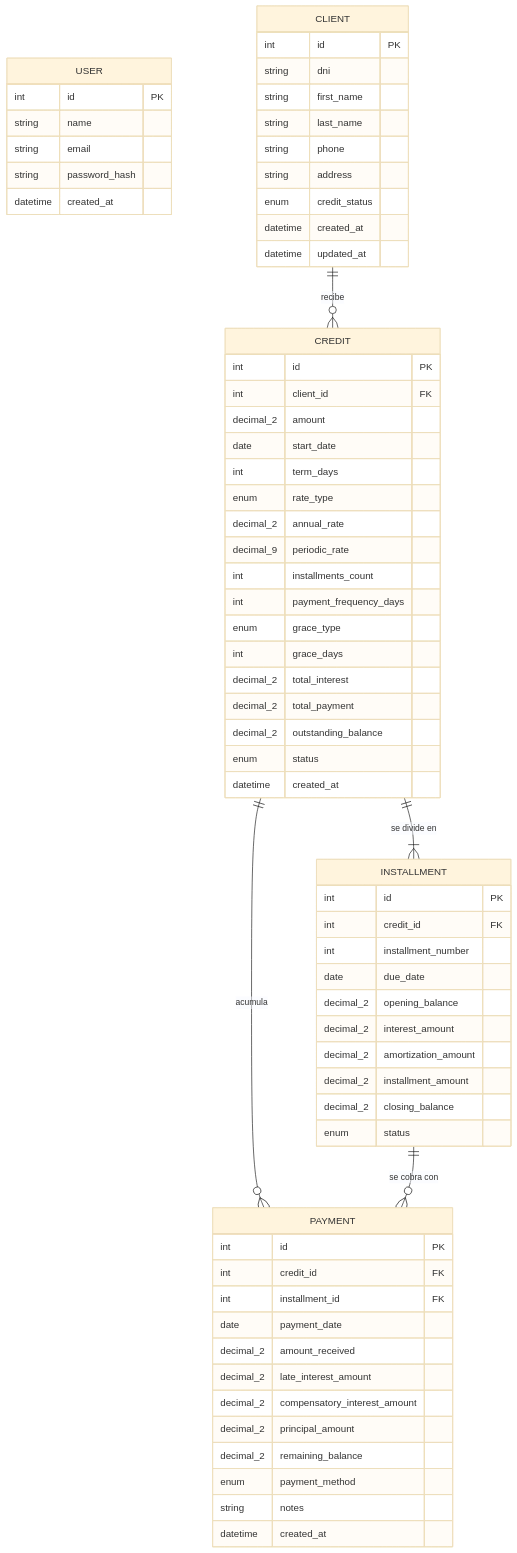
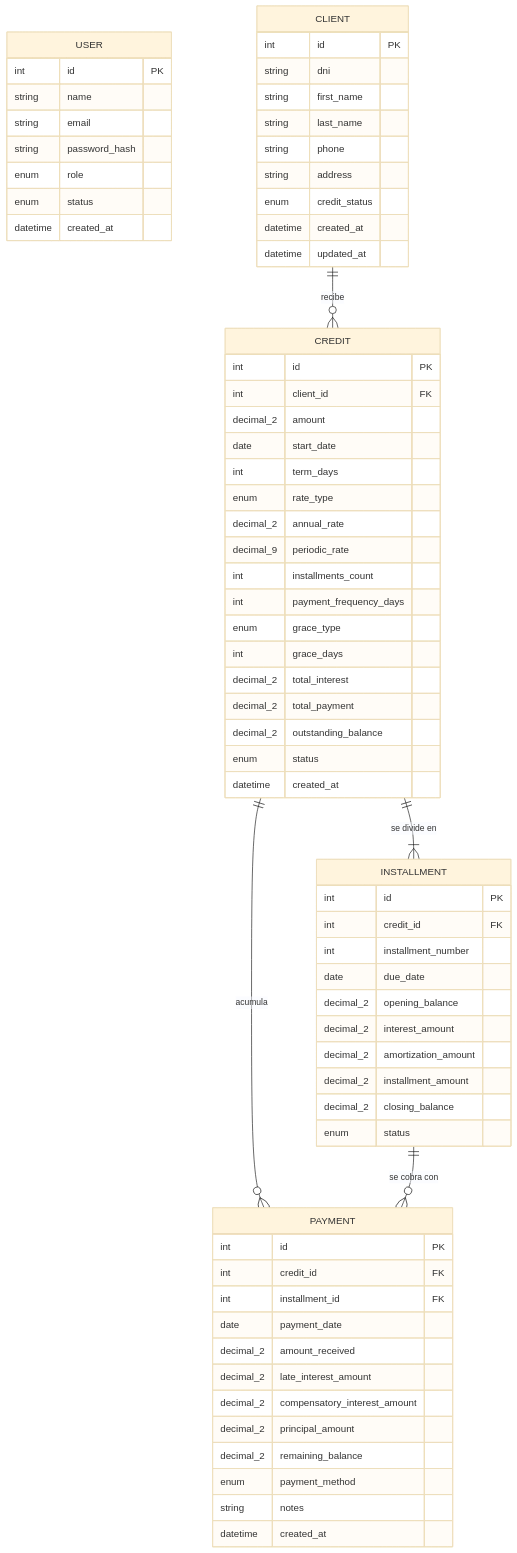
The diagram in docs/erd.md (eJosR-Coding/finance-monorepo), drawn with Mermaid (base theme) before and after one commit. The commit also changed 13 other files, not shown here.

````diff
--- a/docs/erd.md
+++ b/docs/erd.md
@@ -10,70 +10,72 @@
 ```mermaid
 erDiagram
     USER {
         int id PK
         string name
         string email
         string password_hash
+        enum role
+        enum status
         datetime created_at
     }
     CLIENT {
         int id PK
         string dni
         string first_name
         string last_name
         string phone
         string address
         enum credit_status
         datetime created_at
         datetime updated_at
     }
     CREDIT {
         int id PK
         int client_id FK
         decimal_2 amount
         date start_date
         int term_days
         enum rate_type
         decimal_2 annual_rate
         decimal_9 periodic_rate
         int installments_count
         int payment_frequency_days
         enum grace_type
         int grace_days
         decimal_2 total_interest
         decimal_2 total_payment
         decimal_2 outstanding_balance
         enum status
         datetime created_at
     }
     INSTALLMENT {
         int id PK
         int credit_id FK
         int installment_number
         date due_date
         decimal_2 opening_balance
         decimal_2 interest_amount
         decimal_2 amortization_amount
         decimal_2 installment_amount
         decimal_2 closing_balance
         enum status
     }
     PAYMENT {
         int id PK
         int credit_id FK
         int installment_id FK
         date payment_date
         decimal_2 amount_received
         decimal_2 late_interest_amount
         decimal_2 compensatory_interest_amount
         decimal_2 principal_amount
         decimal_2 remaining_balance
         enum payment_method
         string notes
         datetime created_at
     }
     CLIENT ||--o{ CREDIT : "recibe"
     CREDIT ||--|{ INSTALLMENT : "se divide en"
     CREDIT ||--o{ PAYMENT : "acumula"
     INSTALLMENT ||--o{ PAYMENT : "se cobra con"
 ```
````
